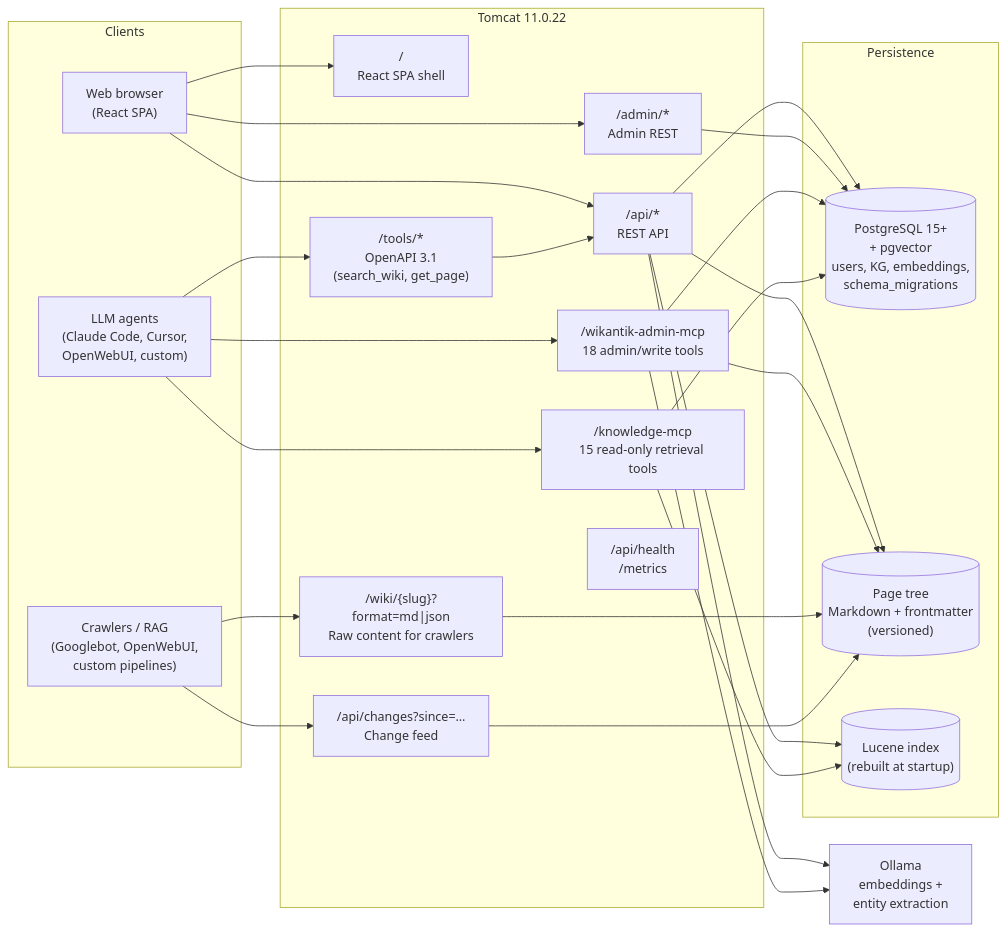
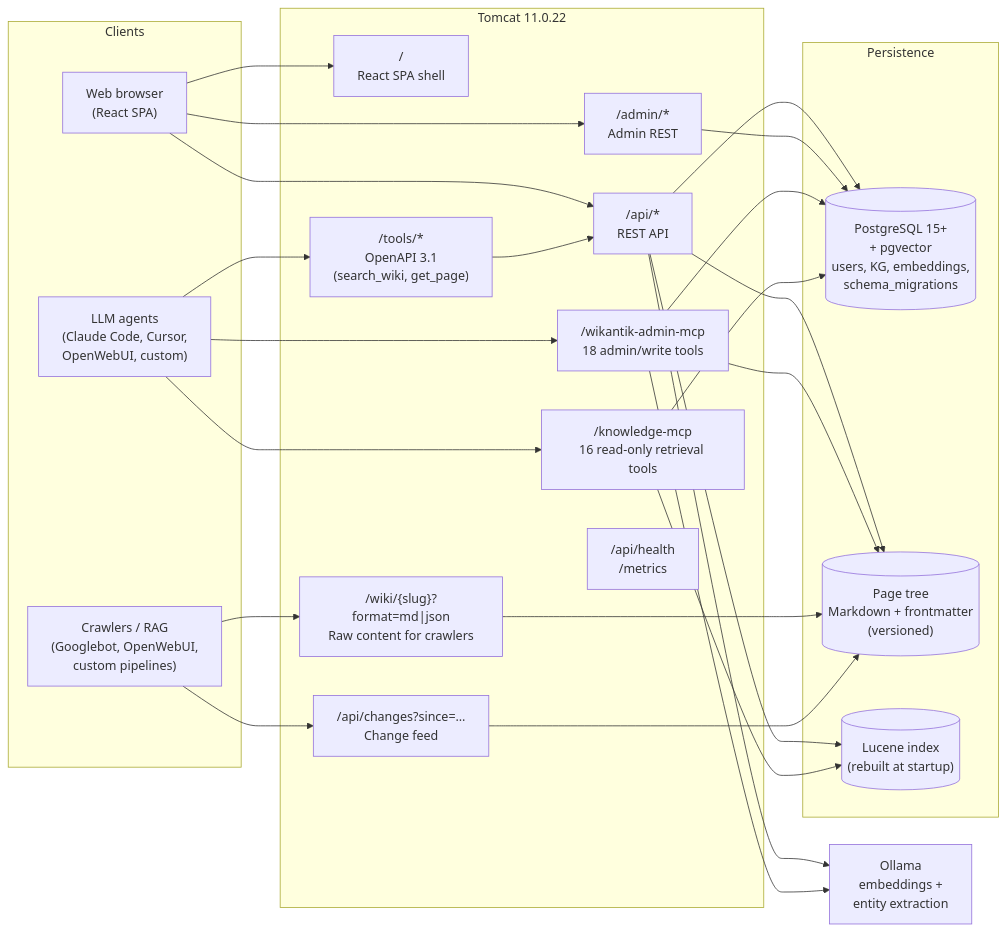
Before and after one commit to jakefearsd/wikantik: the diagram in README.md, drawn with Mermaid. The commit also changed other lines of this file and 1 other file, not shown here.

First line of the commit message:
docs: bump /knowledge-mcp count to 16 + describe agent_hints surface

````diff
--- a/README.md
+++ b/README.md
@@ -87,52 +87,52 @@
 ```mermaid
 flowchart LR
     subgraph clients [Clients]
         Browser["Web browser<br/>(React SPA)"]
         Agent["LLM agents<br/>(Claude Code, Cursor,<br/>OpenWebUI, custom)"]
         Crawler["Crawlers / RAG<br/>(Googlebot, OpenWebUI,<br/>custom pipelines)"]
     end
 
     subgraph tomcat [Tomcat 11.0.22]
         SPA["/<br/>React SPA shell"]
         REST["/api/*<br/>REST API"]
         Admin["/admin/*<br/>Admin REST"]
         Raw["/wiki/{slug}?format=md|json<br/>Raw content for crawlers"]
         Changes["/api/changes?since=…<br/>Change feed"]
         AdminMCP["/wikantik-admin-mcp<br/>18 admin/write tools"]
-        KnowMCP["/knowledge-mcp<br/>15 read-only retrieval tools"]
+        KnowMCP["/knowledge-mcp<br/>16 read-only retrieval tools"]
         Tools["/tools/*<br/>OpenAPI 3.1<br/>(search_wiki, get_page)"]
         Health["/api/health<br/>/metrics"]
     end
 
     subgraph data [Persistence]
         PG[("PostgreSQL 15+<br/>+ pgvector<br/>users, KG, embeddings,<br/>schema_migrations")]
         Pages[("Page tree<br/>Markdown + frontmatter<br/>(versioned)")]
         Lucene[("Lucene index<br/>(rebuilt at startup)")]
     end
 
     Ollama["Ollama<br/>embeddings +<br/>entity extraction"]
 
     Browser --> SPA
     Browser --> REST
     Browser --> Admin
     Crawler --> Raw
     Crawler --> Changes
     Agent --> AdminMCP
     Agent --> KnowMCP
     Agent --> Tools
 
     REST --> PG
     REST --> Pages
     REST --> Lucene
     Admin --> PG
     AdminMCP --> PG
     AdminMCP --> Pages
     KnowMCP --> PG
     KnowMCP --> Lucene
     Raw --> Pages
     Changes --> Pages
     Tools --> REST
 
     REST --> Ollama
     AdminMCP --> Ollama
 ```
````
